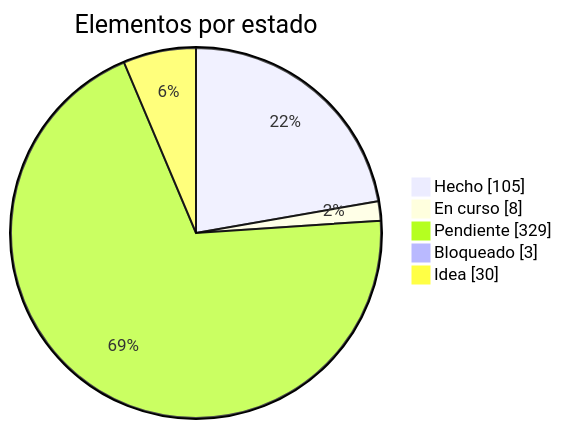
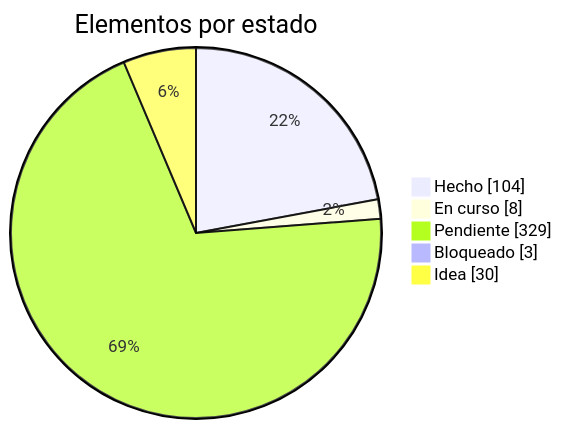
Before and after one commit to dariogea/BM27: the first of 2 diagrams in docs/roadmap.md, drawn with Mermaid. The commit also changed other lines of this file and 4 other files, not shown here.

````diff
--- a/docs/roadmap.md
+++ b/docs/roadmap.md
@@ -13,8 +13,8 @@
 ```mermaid
 pie showData title Elementos por estado
-  "Hecho" : 105
+  "Hecho" : 104
   "En curso" : 8
   "Pendiente" : 329
   "Bloqueado" : 3
   "Idea" : 30
 ```
````
